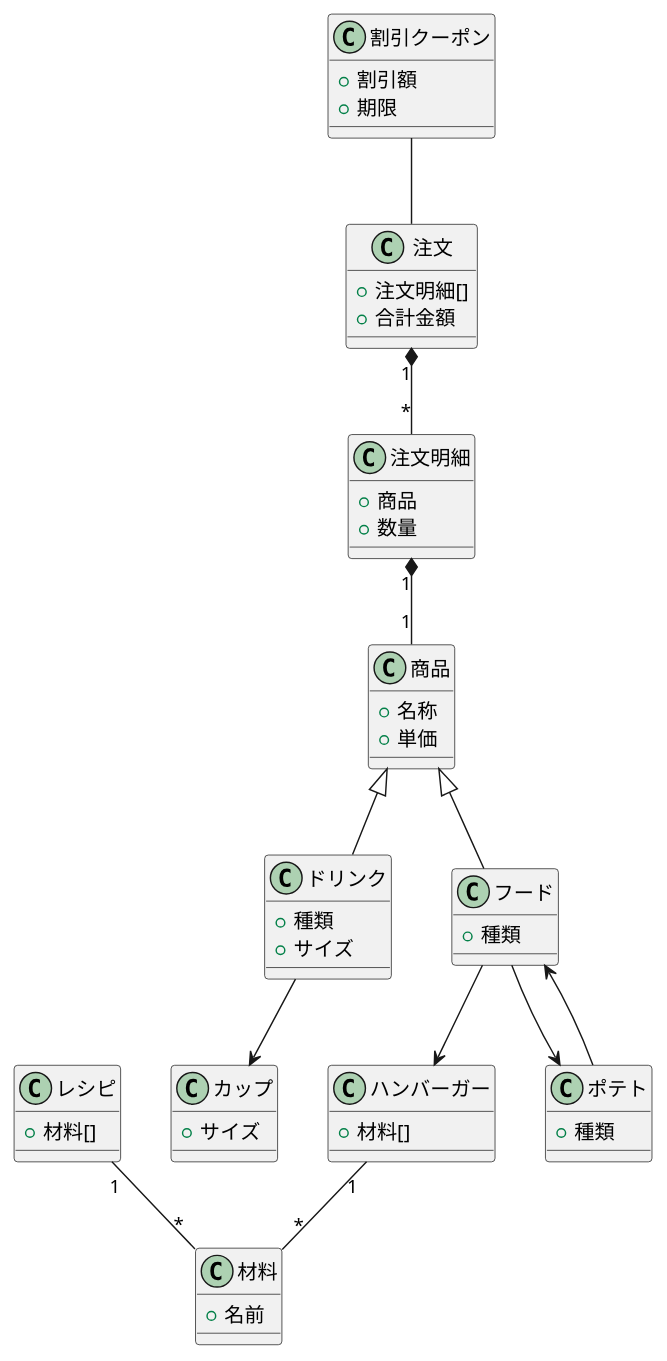
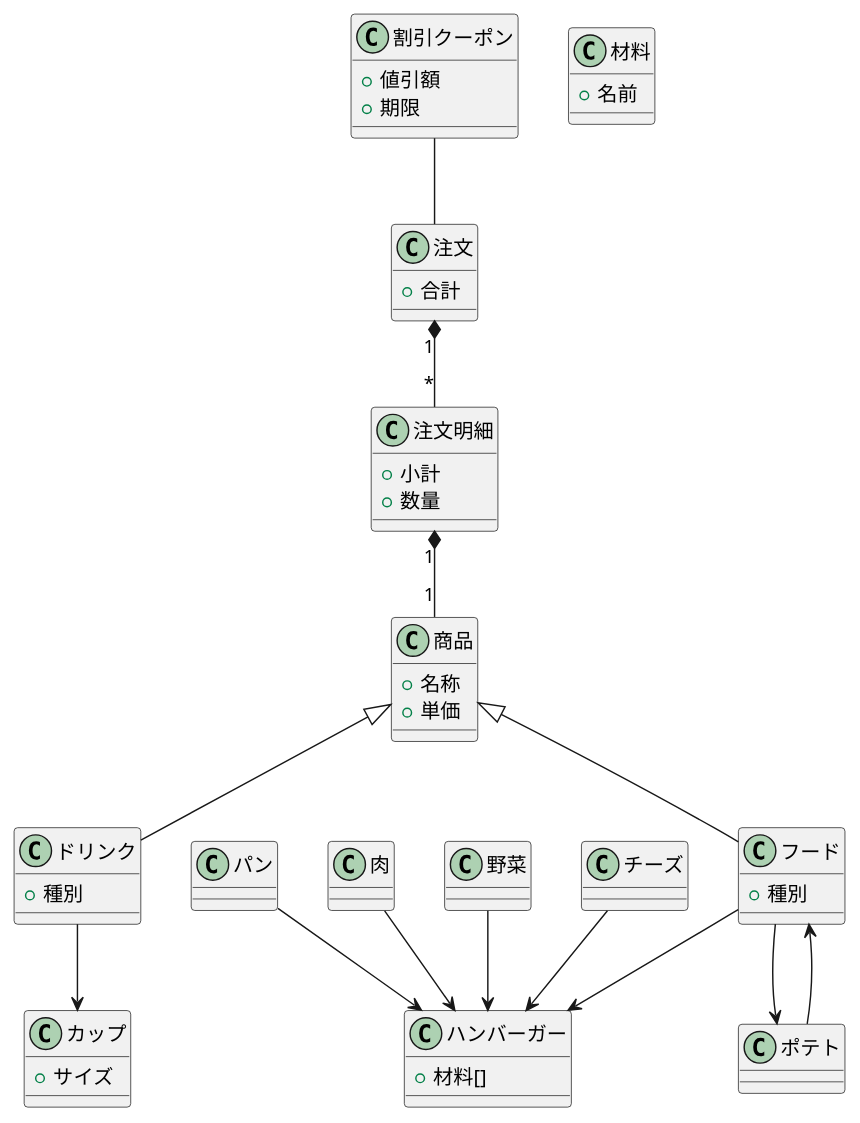
Before and after one commit to nishiyu0919/uml-introduction: the diagram in 演習7-4-1_CL_ハンバーガーショップ.pu, drawn with PlantUML.

Commit message:
演習7

```diff
--- a/演習7-4-1_CL_ハンバーガーショップ.pu
+++ b/演習7-4-1_CL_ハンバーガーショップ.pu
@@ -1,64 +1,58 @@
 @startuml 演習7-4-1
 
 class ドリンク {
-    +種類
-    +サイズ
+    +種別
 }
 
 class フード {
-    +種類
+    +種別
 }
 
 class 商品 {
     +名称
     +単価
 }
 
 class 注文明細 {
-    +商品
+    +小計
     +数量
 }
 
 class 注文 {
-    +注文明細[]
-    +合計金額
+    +合計
 }
 
 class カップ {
     +サイズ
 }
 
 class 材料 {
     +名前
 }
 
 class ハンバーガー {
     +材料[]
 }
 
 class 割引クーポン {
-    +割引額
+    +値引額
     +期限
 }
 
-class レシピ {
-    +材料[]
-}
 
-class ポテト {
-    +種類
-}
 
 ドリンク --> カップ
 フード --> ハンバーガー
 フード --> ポテト
 商品 <|-- ドリンク
 商品 <|-- フード
 注文明細 "1" *-- "1" 商品
 注文 "1" *-- "*" 注文明細
-ハンバーガー "1" -- "*" 材料
 割引クーポン -- 注文
-レシピ "1" -- "*" 材料
+
 ポテト --> フード
-
+パン --> ハンバーガー
+肉 --> ハンバーガー
+野菜 --> ハンバーガー
+チーズ --> ハンバーガー
 @enduml
```
